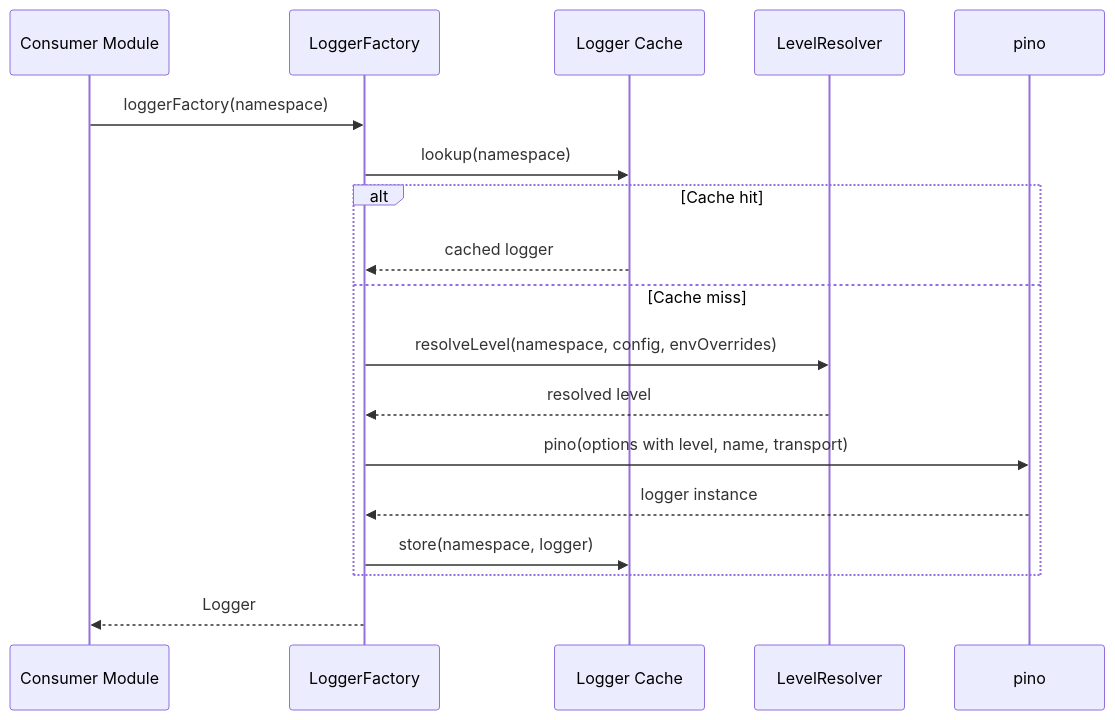
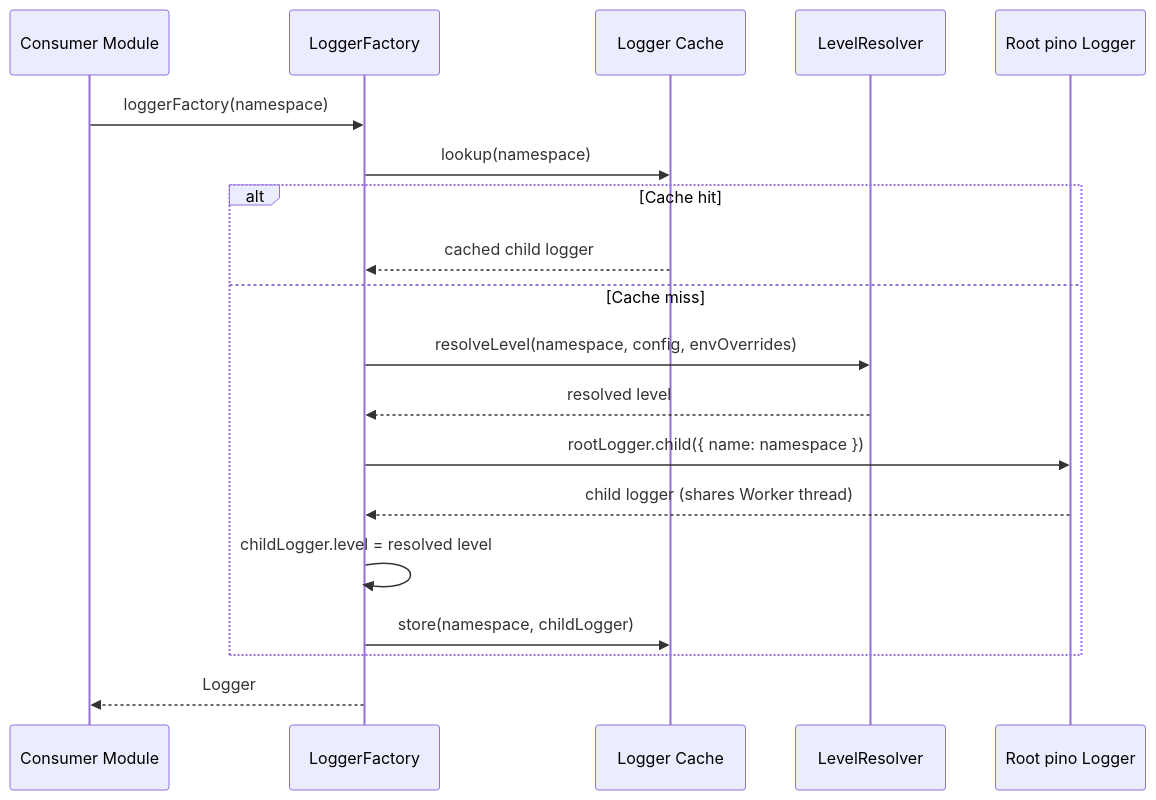
The third of 5 diagrams in .kiro/specs/migrate-logger-to-pino/design.md (growilabs/growi), drawn with Mermaid before and after one commit. The commit also changed other lines of this file and 2 other files, not shown here.

Commit message:
design: update logger creation flow and performance requirements for pino migration

````diff
--- a/.kiro/specs/migrate-logger-to-pino/design.md
+++ b/.kiro/specs/migrate-logger-to-pino/design.md
@@ -109,21 +123,22 @@
 ```mermaid
 sequenceDiagram
     participant Consumer as Consumer Module
     participant Factory as LoggerFactory
     participant Cache as Logger Cache
     participant Resolver as LevelResolver
-    participant Pino as pino
+    participant Root as Root pino Logger
 
     Consumer->>Factory: loggerFactory(namespace)
     Factory->>Cache: lookup(namespace)
     alt Cache hit
-        Cache-->>Factory: cached logger
+        Cache-->>Factory: cached child logger
     else Cache miss
         Factory->>Resolver: resolveLevel(namespace, config, envOverrides)
         Resolver-->>Factory: resolved level
-        Factory->>Pino: pino(options with level, name, transport)
-        Pino-->>Factory: logger instance
-        Factory->>Cache: store(namespace, logger)
+        Factory->>Root: rootLogger.child({ name: namespace })
+        Root-->>Factory: child logger (shares Worker thread)
+        Factory->>Factory: childLogger.level = resolved level
+        Factory->>Cache: store(namespace, childLogger)
     end
     Factory-->>Consumer: Logger
 ```
````
